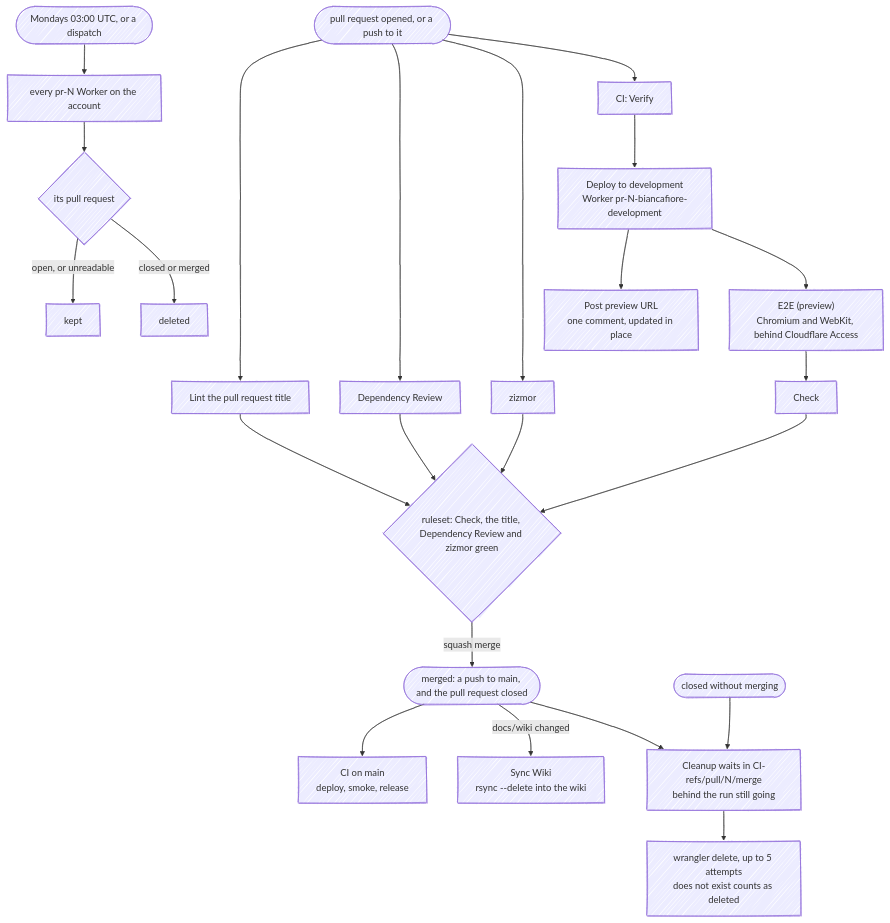
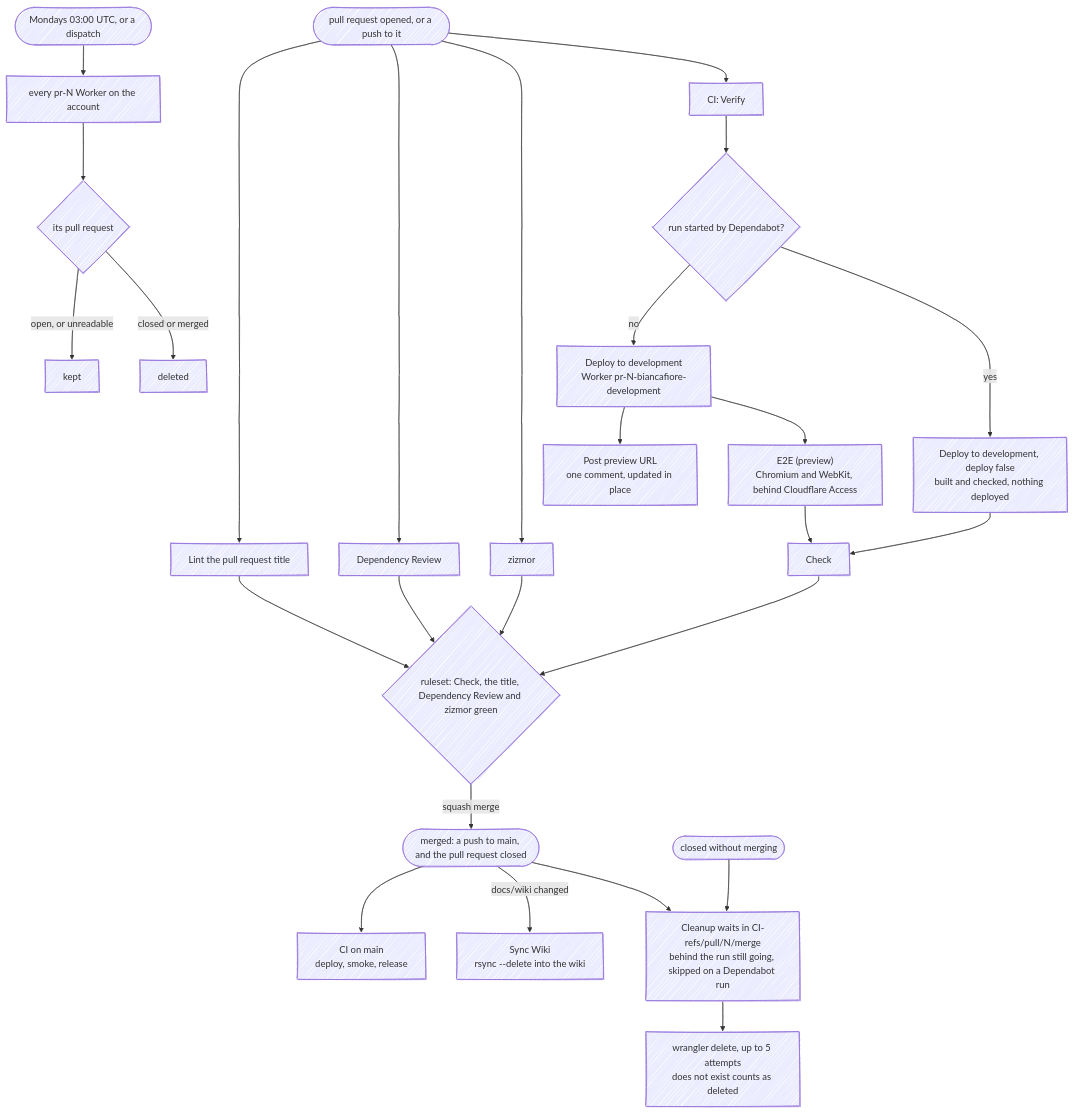
One commit to fbuireu/biancafiore changed the third of 3 diagrams in docs/wiki/CI-CD.md. Above: the diagram before and after it, drawn with Mermaid. The commit also changed other lines of this file and 1 other file, not shown here.

First line of the commit message:
docs: draw the Dependabot pull request's build-only path in the CI diagrams

````diff
--- a/docs/wiki/CI-CD.md
+++ b/docs/wiki/CI-CD.md
@@ -128,30 +133,33 @@
 ```mermaid
 ---
 config:
   look: handDrawn
   layout: dagre
 ---
 flowchart TB
     open(["pull request opened, or a push to it"]) --> title["Lint the pull request title"]
     open --> review["Dependency Review"]
     open --> zizmor["zizmor"]
     open --> verify["CI: Verify"]
-    verify --> deploy["Deploy to development<br/>Worker pr-N-biancafiore-development"]
+    verify --> bot{"run started by Dependabot?"}
+    bot -- "no" --> deploy["Deploy to development<br/>Worker pr-N-biancafiore-development"]
+    bot -- "yes" --> buildonly["Deploy to development, deploy false<br/>built and checked, nothing deployed"]
     deploy --> comment["Post preview URL<br/>one comment, updated in place"]
     deploy --> e2e["E2E (preview)<br/>Chromium and WebKit, behind Cloudflare Access"]
     e2e --> check["Check"]
+    buildonly --> check
     title --> gate{"ruleset: Check, the title, Dependency Review and zizmor green"}
     review --> gate
     zizmor --> gate
     check --> gate
     gate -- "squash merge" --> merged(["merged: a push to main, and the pull request closed"])
     merged --> pipeline["CI on main<br/>deploy, smoke, release"]
     merged -- "docs/wiki changed" --> wiki["Sync Wiki<br/>rsync --delete into the wiki"]
     merged --> wait
-    abandoned(["closed without merging"]) --> wait["Cleanup waits in CI-refs/pull/N/merge<br/>behind the run still going"]
+    abandoned(["closed without merging"]) --> wait["Cleanup waits in CI-refs/pull/N/merge<br/>behind the run still going, skipped on a Dependabot run"]
     wait --> delete["wrangler delete, up to 5 attempts<br/>does not exist counts as deleted"]
     sweep(["Mondays 03:00 UTC, or a dispatch"]) --> list["every pr-N Worker on the account"]
     list --> state{"its pull request"}
     state -- "open, or unreadable" --> keep["kept"]
     state -- "closed or merged" --> gone["deleted"]
 ```
````
